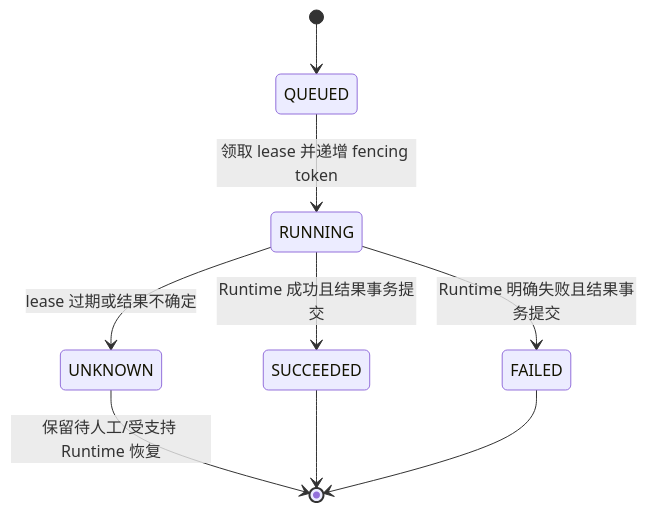
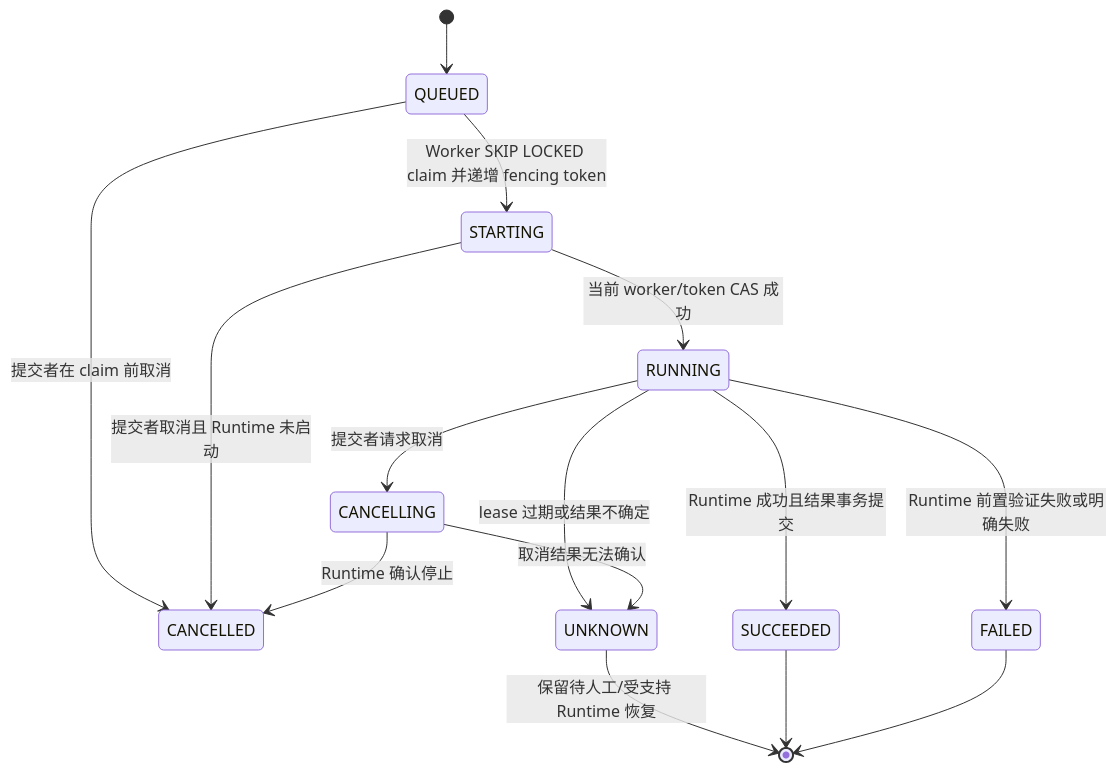
One commit to liulisheng/agentDemo changed the sixth of 9 diagrams in docs/本地控制面闭环与运维.md. Above: the diagram before and after it, drawn with Mermaid. The commit also changed other lines of this file and 132 other files, not shown here.

````diff
--- a/docs/本地控制面闭环与运维.md
+++ b/docs/本地控制面闭环与运维.md
@@ -128,11 +163,17 @@
 ```mermaid
 stateDiagram-v2
     [*] --> QUEUED
-    QUEUED --> RUNNING: 领取 lease 并递增 fencing token
+    QUEUED --> STARTING: Worker SKIP LOCKED claim 并递增 fencing token
+    QUEUED --> CANCELLED: 提交者在 claim 前取消
+    STARTING --> RUNNING: 当前 worker/token CAS 成功
+    STARTING --> CANCELLED: 提交者取消且 Runtime 未启动
     RUNNING --> SUCCEEDED: Runtime 成功且结果事务提交
-    RUNNING --> FAILED: Runtime 明确失败且结果事务提交
+    RUNNING --> FAILED: Runtime 前置验证失败或明确失败
     RUNNING --> UNKNOWN: lease 过期或结果不确定
+    RUNNING --> CANCELLING: 提交者请求取消
+    CANCELLING --> CANCELLED: Runtime 确认停止
+    CANCELLING --> UNKNOWN: 取消结果无法确认
     UNKNOWN --> [*]: 保留待人工/受支持 Runtime 恢复
     SUCCEEDED --> [*]
     FAILED --> [*]
 ```
````
